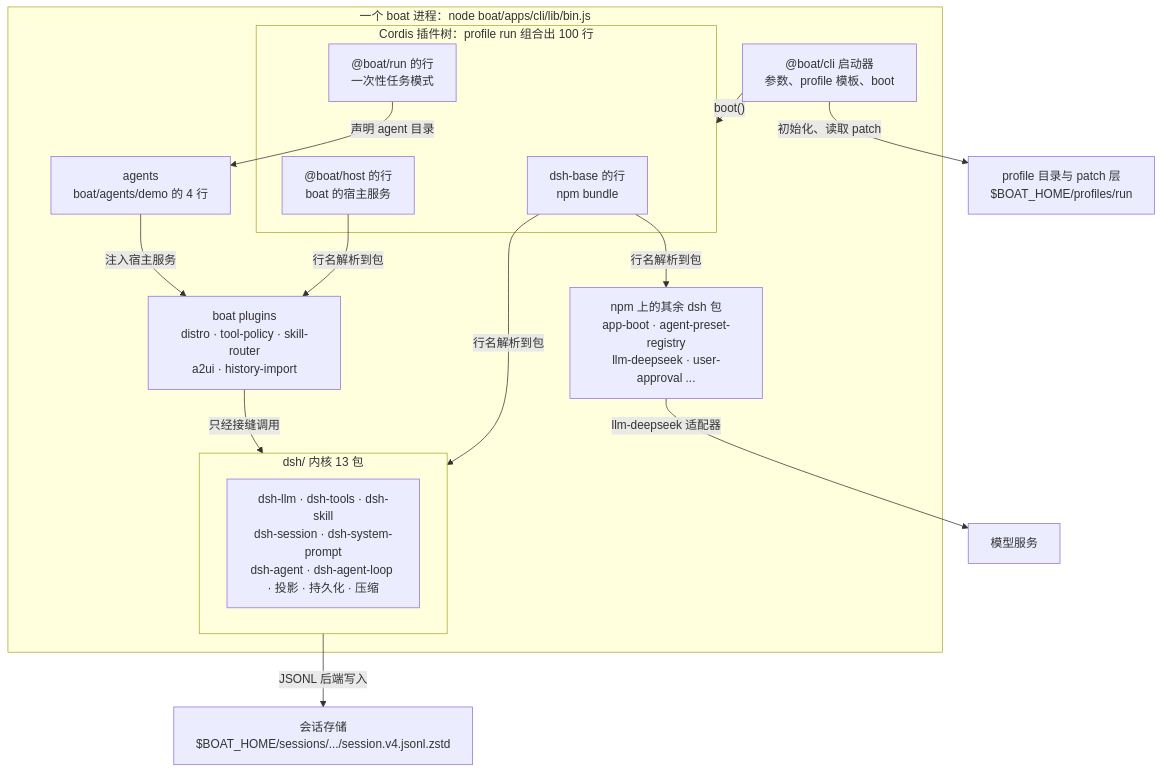
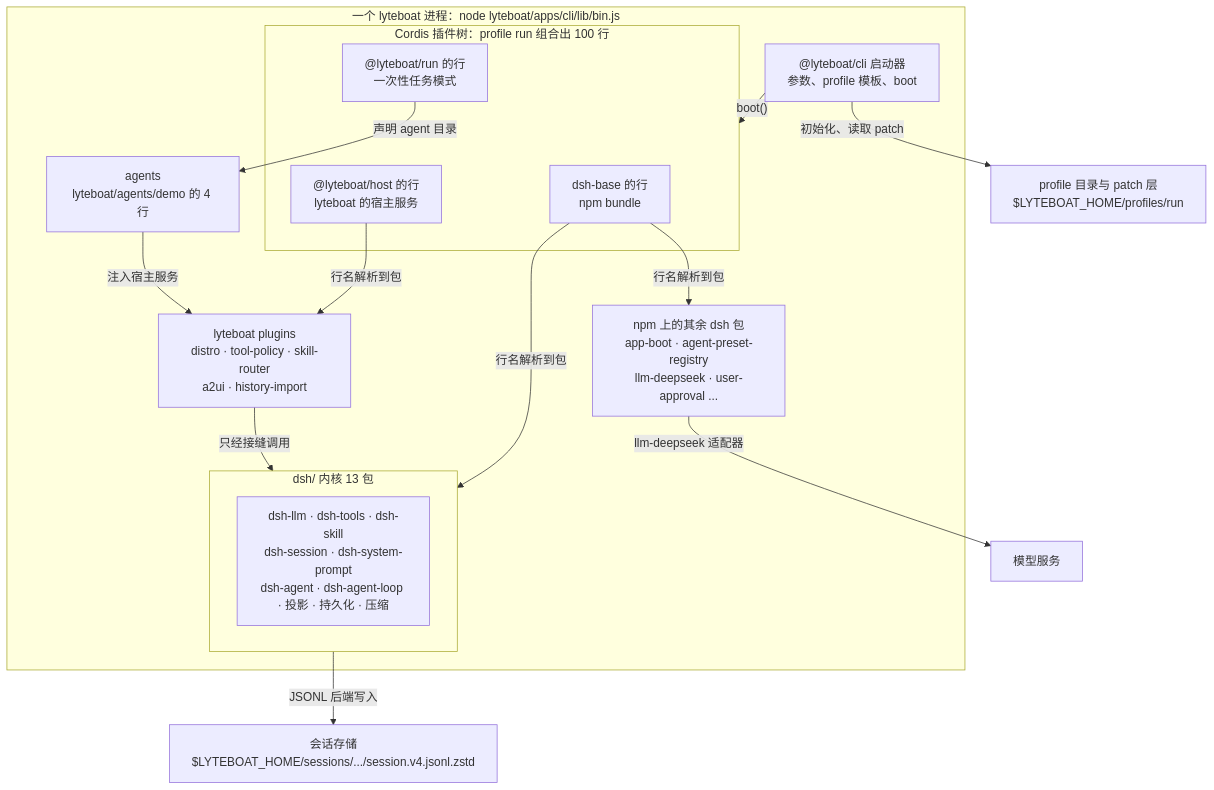
Before and after one commit to lyteboat/boat: the second of 11 diagrams in docs/01-architecture.md, drawn with Mermaid. The commit also changed other lines of this file and 316 other files, not shown here.

First line of the commit message:
chore: lyteboat — one name for the packages, the CLI, the protocol, and the docs

````diff
--- a/docs/01-architecture.md
+++ b/docs/01-architecture.md
@@ -100,30 +100,30 @@
 ```mermaid
 flowchart TB
-  subgraph PROC["一个 boat 进程：node boat/apps/cli/lib/bin.js"]
-    cli["@boat/cli 启动器<br/>参数、profile 模板、boot"]
+  subgraph PROC["一个 lyteboat 进程：node lyteboat/apps/cli/lib/bin.js"]
+    cli["@lyteboat/cli 启动器<br/>参数、profile 模板、boot"]
     subgraph TREE["Cordis 插件树：profile run 组合出 100 行"]
       base["dsh-base 的行<br/>npm bundle"]
-      host["@boat/host 的行<br/>boat 的宿主服务"]
-      runb["@boat/run 的行<br/>一次性任务模式"]
+      host["@lyteboat/host 的行<br/>lyteboat 的宿主服务"]
+      runb["@lyteboat/run 的行<br/>一次性任务模式"]
     end
     subgraph KERNEL["dsh/ 内核 13 包"]
       kpk["dsh-llm · dsh-tools · dsh-skill<br/>dsh-session · dsh-system-prompt<br/>dsh-agent · dsh-agent-loop · 投影 · 持久化 · 压缩"]
     end
     npmpk["npm 上的其余 dsh 包<br/>app-boot · agent-preset-registry<br/>llm-deepseek · user-approval ..."]
-    plugins["boat plugins<br/>distro · tool-policy · skill-router<br/>a2ui · history-import"]
-    agents["agents<br/>boat/agents/demo 的 4 行"]
+    plugins["lyteboat plugins<br/>distro · tool-policy · skill-router<br/>a2ui · history-import"]
+    agents["agents<br/>lyteboat/agents/demo 的 4 行"]
   end
-  prof["profile 目录与 patch 层<br/>$BOAT_HOME/profiles/run"]
-  store["会话存储<br/>$BOAT_HOME/sessions/.../session.v4.jsonl.zstd"]
+  prof["profile 目录与 patch 层<br/>$LYTEBOAT_HOME/profiles/run"]
+  store["会话存储<br/>$LYTEBOAT_HOME/sessions/.../session.v4.jsonl.zstd"]
   model["模型服务"]
   cli -->|"初始化、读取 patch"| prof
   cli -->|"boot()"| TREE
   base -->|"行名解析到包"| KERNEL
   base -->|"行名解析到包"| npmpk
   host -->|"行名解析到包"| plugins
   runb -->|"声明 agent 目录"| agents
   agents -->|"注入宿主服务"| plugins
   plugins -->|"只经接缝调用"| KERNEL
   KERNEL -->|"JSONL 后端写入"| store
   npmpk -->|"llm-deepseek 适配器"| model
 ```
````
